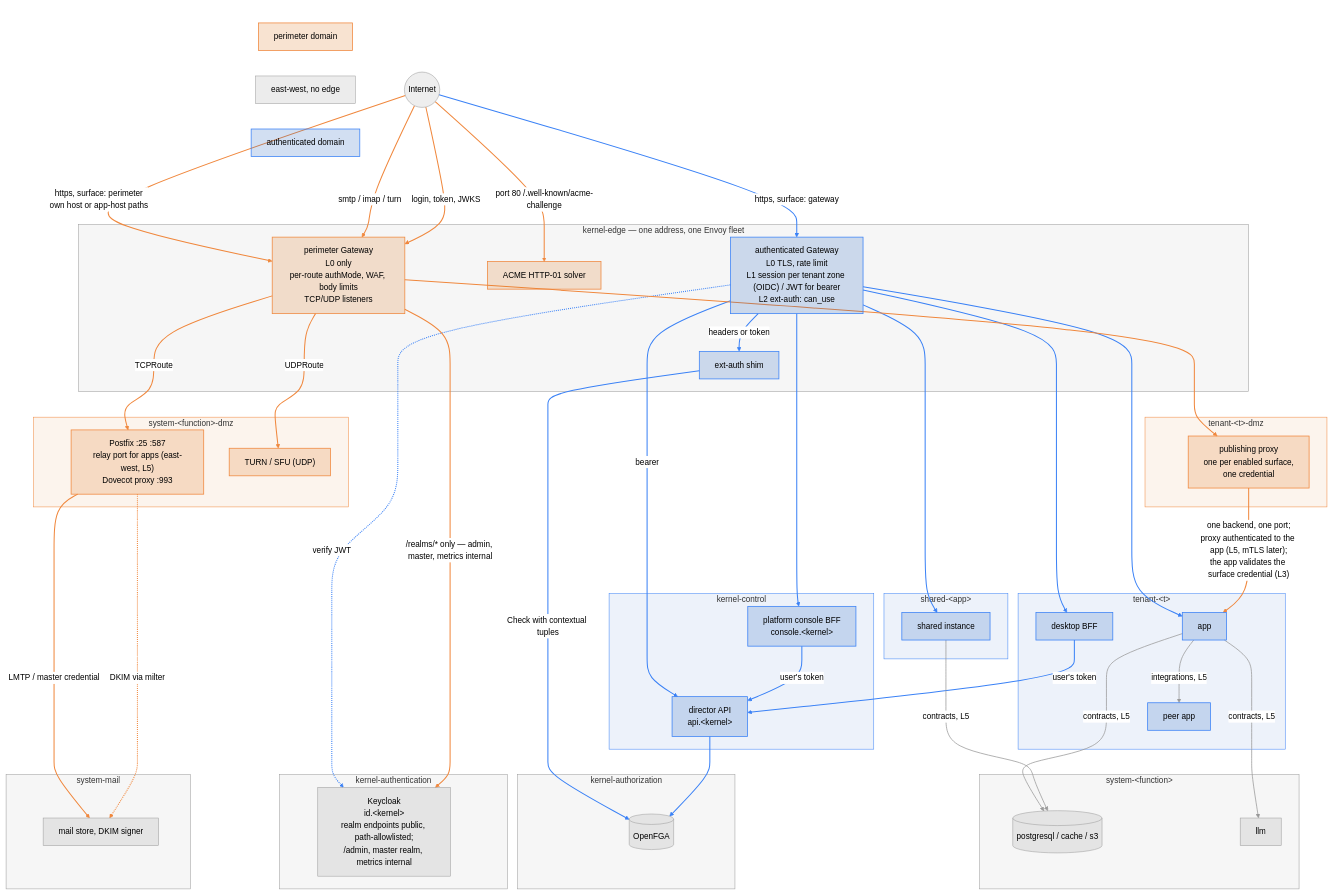
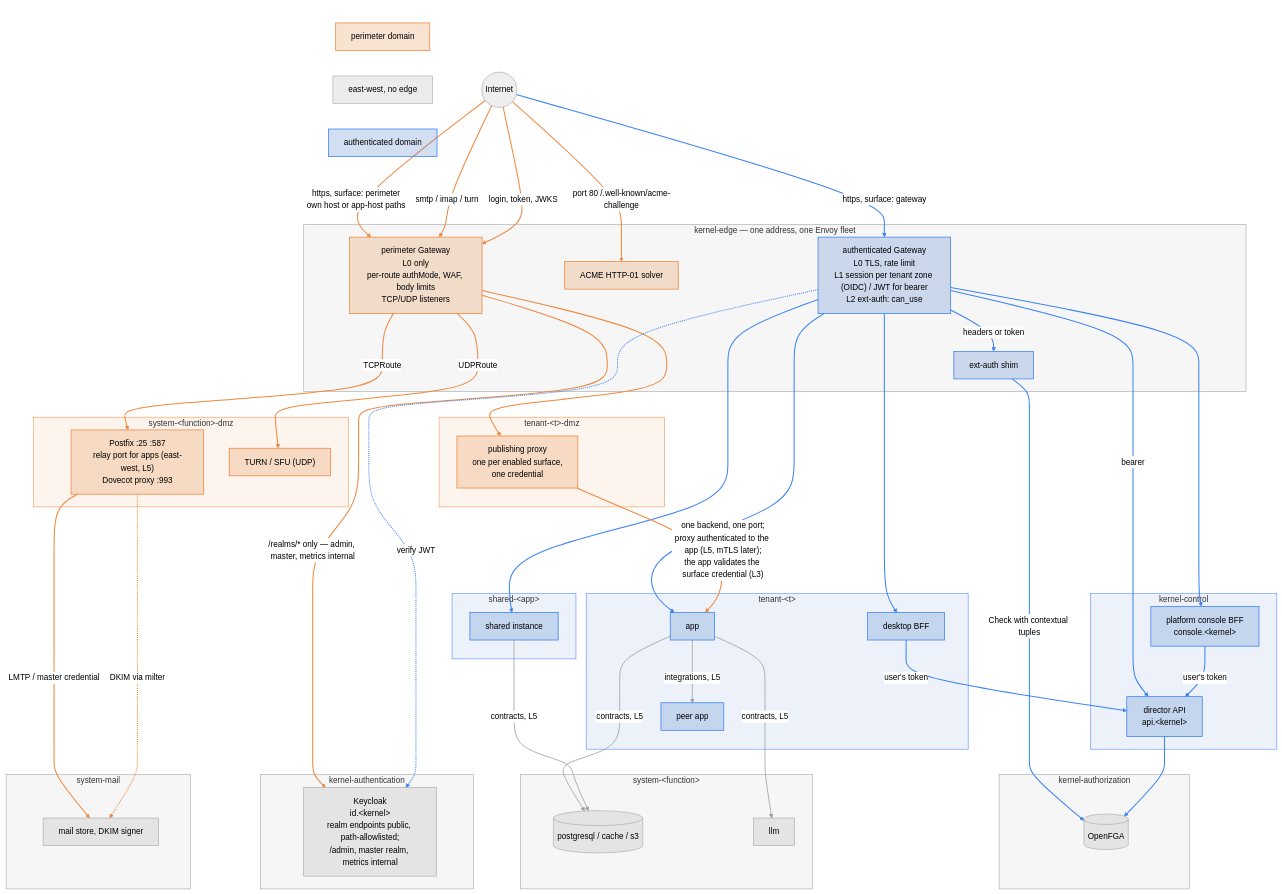
One commit to gentian-org/gentian-os changed the diagram in docs/plans/networking.md. Above: the diagram before and after it, drawn with Mermaid (neutral theme).

Commit message:
docs(networking): all perimeter boxes on the left; orange arrow enters Keycloak first

````diff
--- a/docs/plans/networking.md
+++ b/docs/plans/networking.md
@@ -118,7 +118,6 @@
 
 
     NET -->|"https, surface: gateway"| AG
-    AG -. "verify JWT" .-> KC
     AG -->|"headers or token"| SHIM
     SHIM -->|"Check with contextual tuples"| FGA
     AG --> DESK
@@ -144,6 +143,7 @@
     MTA -->|"LMTP / master credential"| STORE
     MTA -. "DKIM via milter" .-> STORE
     PX -->|"one backend, one port;<br/>proxy authenticated to the app (L5, mTLS later);<br/>the app validates the surface credential (L3)"| APP
+    AG -. "verify JWT" .-> KC
 
     %% invisible edges fix the rows: 3 = both DMZs, 4 = tenant / shared / kernel-control, 5 = the grey boxes.
     %% Declaration order (authenticated first) is what keeps the perimeter on the left after dagre's reordering.
@@ -151,6 +151,7 @@
     S2 ~~~ MTA
     S2 ~~~ TURN
     S2 ~~~ PX
+    PX ~~~ S4
     SHIM ~~~ S3
     S3 ~~~ DESK
     S3 ~~~ SAPP
@@ -181,7 +182,7 @@
     style SYS fill:#80808012,stroke:#9a9a9a
     style SMAIL fill:#80808012,stroke:#9a9a9a
     style LEGEND fill:none,stroke:none
-    linkStyle 16,17,18,19,20,21,22,23,24,25,26 stroke:#f0883e,stroke-width:2px
-    linkStyle 0,1,2,3,4,5,6,7,8,9,10,11 stroke:#3b82f6,stroke-width:2px
-    linkStyle 12,13,14,15 stroke:#9a9a9a,stroke-width:1.5px
+    linkStyle 15,16,17,18,19,20,21,22,23,24,25 stroke:#f0883e,stroke-width:2px
+    linkStyle 0,1,2,3,4,5,6,7,8,9,10,26 stroke:#3b82f6,stroke-width:2px
+    linkStyle 11,12,13,14 stroke:#9a9a9a,stroke-width:1.5px
 ```
````
